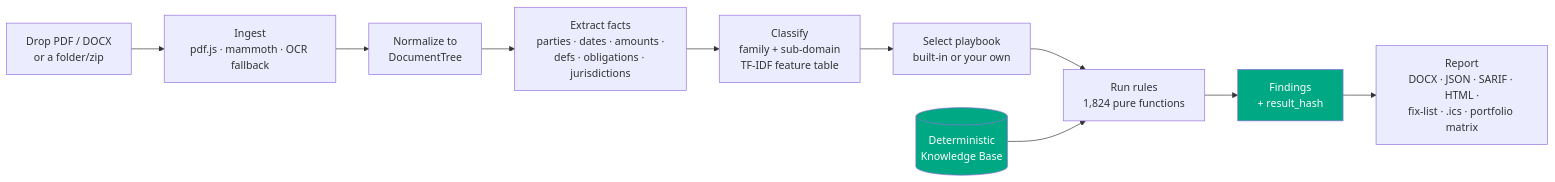
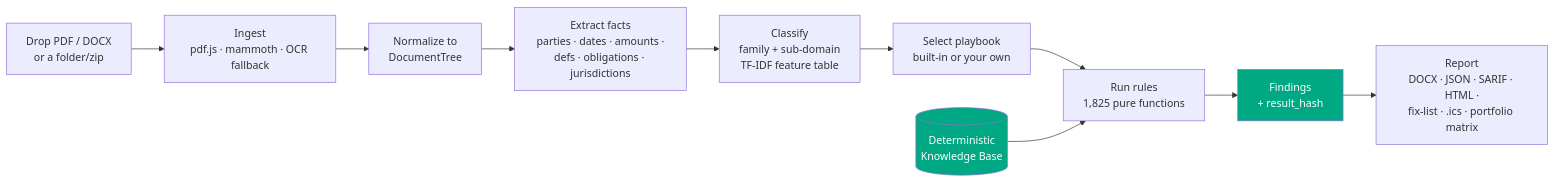
Before and after one commit to clay-good/vaulytica: the first of 11 diagrams in README.md, drawn with Mermaid. The commit also changed other lines of this file and 379 other files, not shown here.

````diff
--- a/README.md
+++ b/README.md
@@ -27,14 +27,14 @@
 ```mermaid
 flowchart LR
   A[Drop PDF / DOCX<br/>or a folder/zip] --> B[Ingest<br/>pdf.js · mammoth · OCR fallback]
   B --> C[Normalize to<br/>DocumentTree]
   C --> D[Extract facts<br/>parties · dates · amounts ·<br/>defs · obligations · jurisdictions]
   D --> E[Classify<br/>family + sub-domain<br/>TF-IDF feature table]
   E --> F[Select playbook<br/>built-in or your own]
-  F --> G[Run rules<br/>1,824 pure functions]
+  F --> G[Run rules<br/>1,825 pure functions]
   G --> H[Findings<br/>+ result_hash]
   H --> I[Report<br/>DOCX · JSON · SARIF · HTML ·<br/>fix-list · .ics · portfolio matrix]
   K[(Deterministic<br/>Knowledge Base)] --> G
   style K fill:#00A883,color:#fff
   style H fill:#00A883,color:#fff
 ```
````
